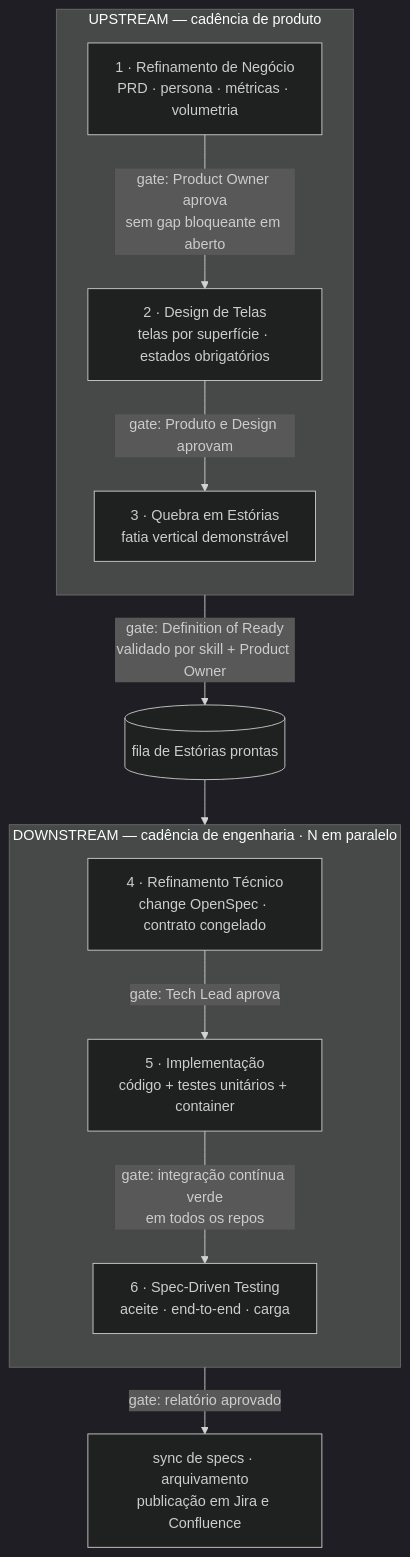
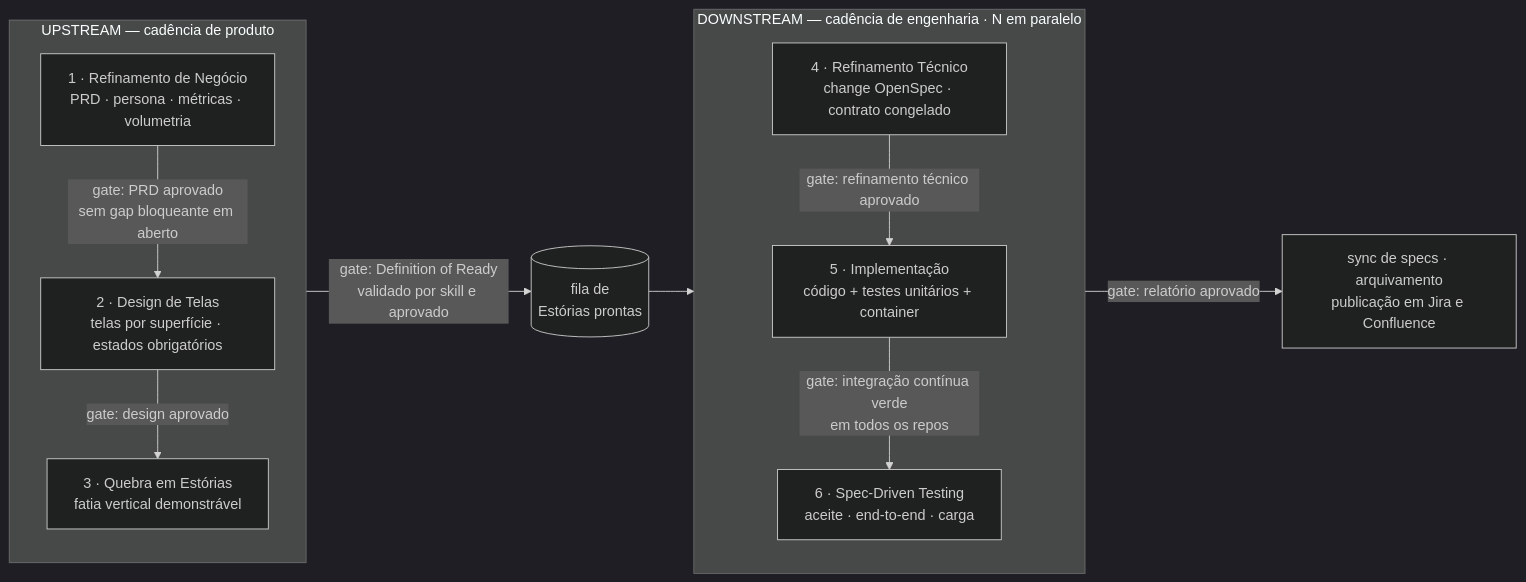
The first of 5 diagrams in workflow.md (diegolirio/workflow-ai-first), drawn with Mermaid (dark theme) before and after one commit.

````diff
--- a/workflow.md
+++ b/workflow.md
@@ -33,26 +33,28 @@
 ```mermaid
-flowchart TB
+flowchart LR
     subgraph UP["UPSTREAM — cadência de produto"]
         direction TB
         RN["1 · Refinamento de Negócio<br/>PRD · persona · métricas · volumetria"]
         TL["2 · Design de Telas<br/>telas por superfície · estados obrigatórios"]
         QE["3 · Quebra em Estórias<br/>fatia vertical demonstrável"]
-        RN -->|"gate: Product Owner aprova<br/>sem gap bloqueante em aberto"| TL
-        TL -->|"gate: Produto e Design aprovam"| QE
+        RN -->|"gate: PRD aprovado<br/>sem gap bloqueante em aberto"| TL
+        TL -->|"gate: design aprovado"| QE
     end
 
-    FILA[("fila de Estórias prontas")]
-    QE -->|"gate: Definition of Ready<br/>validado por skill + Product Owner"| FILA
+    FILA[("fila de<br/>Estórias prontas")]
 
     subgraph DOWN["DOWNSTREAM — cadência de engenharia · N em paralelo"]
         direction TB
         RT["4 · Refinamento Técnico<br/>change OpenSpec · contrato congelado"]
         IMPL["5 · Implementação<br/>código + testes unitários + container"]
         TEST["6 · Spec-Driven Testing<br/>aceite · end-to-end · carga"]
-        RT -->|"gate: Tech Lead aprova"| IMPL
+        RT -->|"gate: refinamento técnico aprovado"| IMPL
         IMPL -->|"gate: integração contínua verde<br/>em todos os repos"| TEST
     end
 
+    FIM["sync de specs · arquivamento<br/>publicação em Jira e Confluence"]
+
+    QE -->|"gate: Definition of Ready<br/>validado por skill e aprovado"| FILA
     FILA --> RT
-    TEST -->|"gate: relatório aprovado"| FIM["sync de specs · arquivamento<br/>publicação em Jira e Confluence"]
+    TEST -->|"gate: relatório aprovado"| FIM
 ```
````
